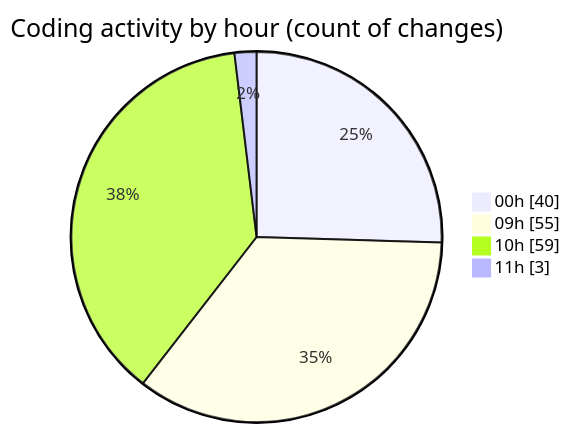
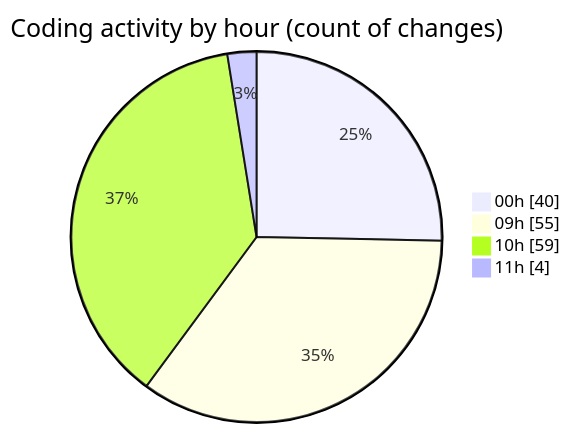
One commit to momahboobian/code-tracking changed the second of 2 diagrams in 2025-06-18/cda/README.md. Above: the diagram before and after it, drawn with Mermaid. The commit also changed other lines of this file and 1 other file, not shown here.

````diff
--- a/2025-06-18/cda/README.md
+++ b/2025-06-18/cda/README.md
@@ -51,8 +51,8 @@
 ```mermaid
 pie showData
 title Coding activity by hour (count of changes)
 "00h" : 40
 "09h" : 55
 "10h" : 59
-"11h" : 3
+"11h" : 4
 ```
````
